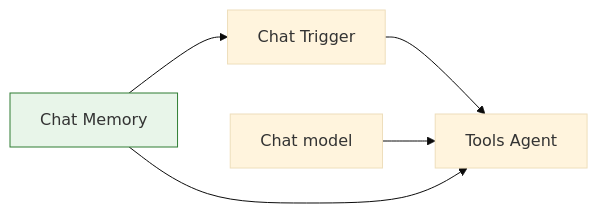
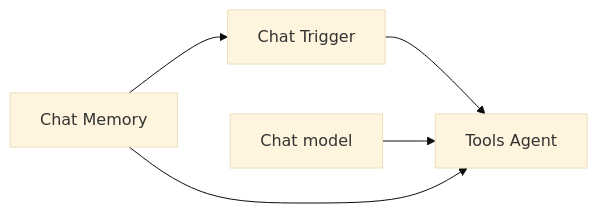
Before and after one commit to agentic-com/Agentic-Flow-Doc: the diagram in src/content/docs/concepts/ai/memory-context.mdx, drawn with Mermaid (base theme). The commit also changed other lines of this file and 36 other files, not shown here.

````diff
--- a/src/content/docs/concepts/ai/memory-context.mdx
+++ b/src/content/docs/concepts/ai/memory-context.mdx
@@ -43,9 +45,9 @@
 ```mermaid
 flowchart LR
   Chat["Chat Trigger"] --> Agent["Tools Agent"]
   Model["Chat model"] --> Agent
   Memory["Chat Memory"] --> Agent
   Memory --> Chat
 
-  style Memory fill:#e8f5e9,stroke:#2e7d32
+  class Memory awf-data
 ```
````
